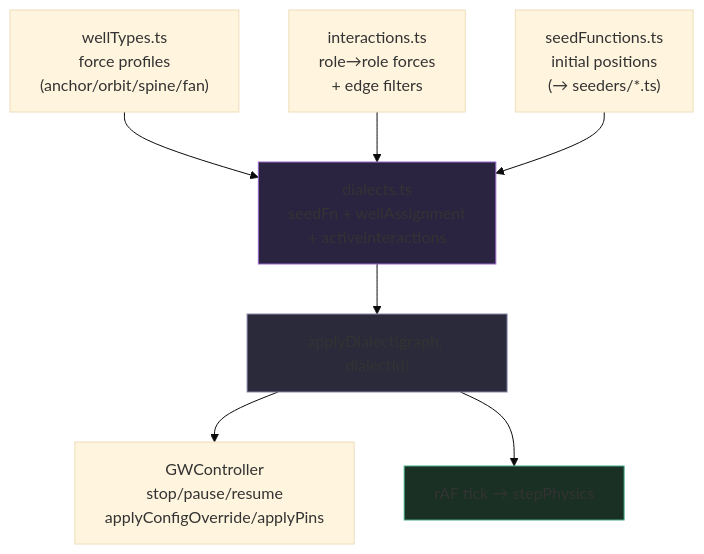
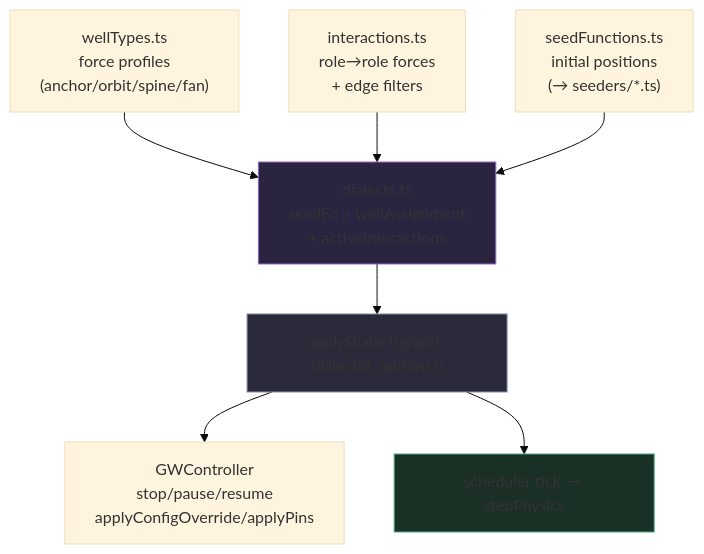
One commit to bitmosh/lumaweave changed the first of 2 diagrams in docs/canonical/GWELLS_PHYSICS.md. Above: the diagram before and after it, drawn with Mermaid (base theme). The commit also changed other lines of this file and 14 other files, not shown here.

````diff
--- a/docs/canonical/GWELLS_PHYSICS.md
+++ b/docs/canonical/GWELLS_PHYSICS.md
@@ -42,13 +42,13 @@
 ```mermaid
 flowchart TD
     WT["wellTypes.ts<br/>force profiles<br/>(anchor/orbit/spine/fan)"] --> D
     IX["interactions.ts<br/>role→role forces<br/>+ edge filters"] --> D
     SF["seedFunctions.ts<br/>initial positions<br/>(→ seeders/*.ts)"] --> D
     D["dialects.ts<br/>seedFn + wellAssignment<br/>+ activeInteractions"]
-    D --> AD["applyDialect(graph, dialectId)"]
+    D --> AD["applyDialect(graph, dialectId, options?)"]
     AD --> CTRL["GWController<br/>stop/pause/resume<br/>applyConfigOverride/applyPins"]
-    AD --> LOOP["rAF tick → stepPhysics"]
+    AD --> LOOP["scheduler tick → stepPhysics"]
     style D fill:#2a2440,stroke:#96c
     style AD fill:#2a2a3a,stroke:#88a
     style LOOP fill:#1a3025,stroke:#4a8
 ```
````
